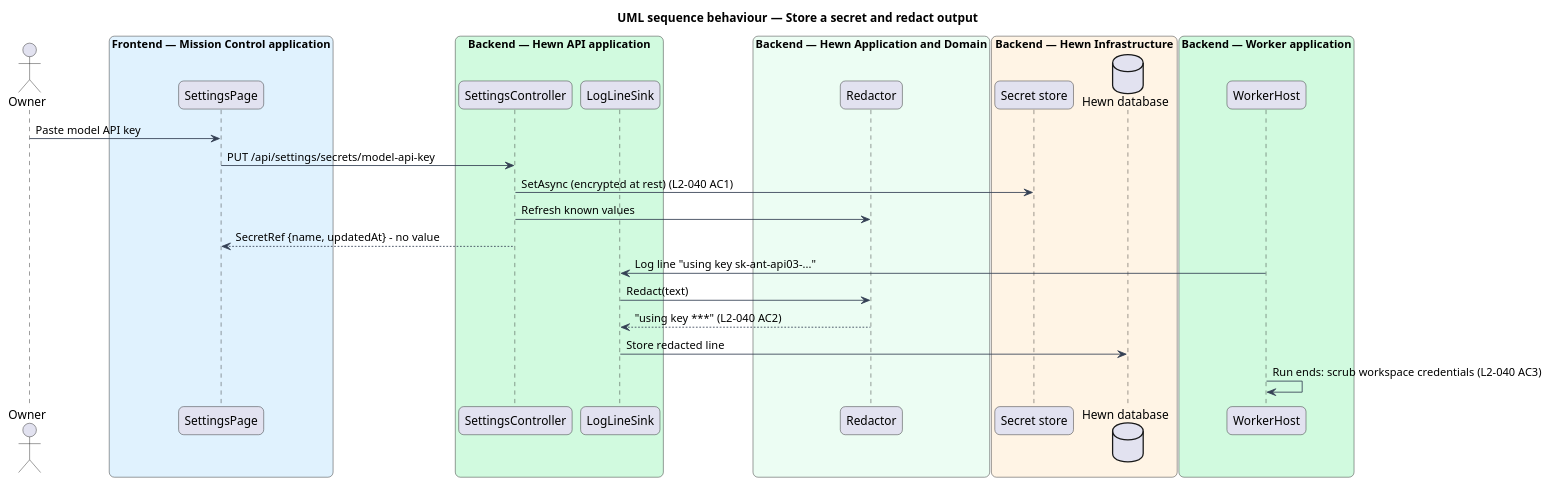
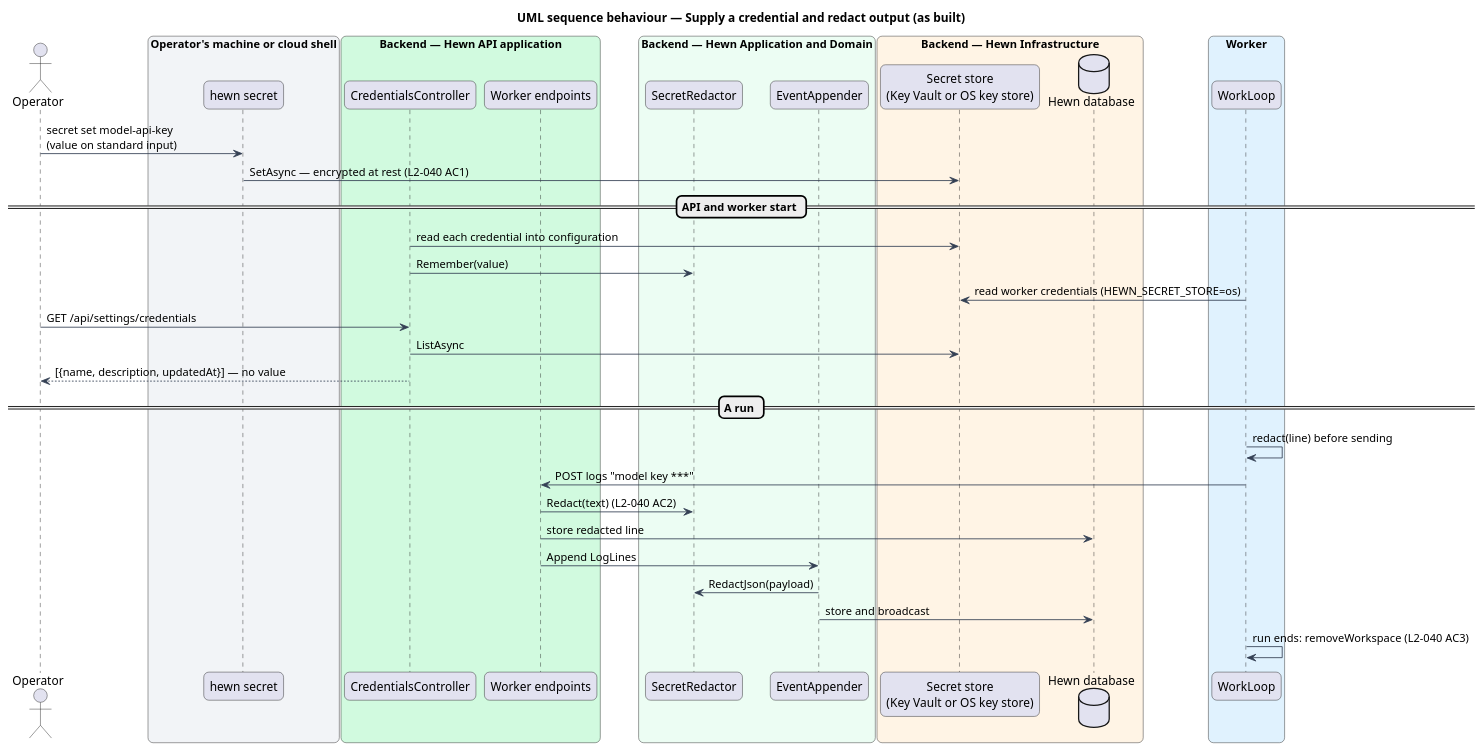
One commit to QuinntyneBrown/hewn changed the diagram in docs/detailed-designs/security/secrets-and-redaction/diagrams/sequence-redact.puml. Above: the diagram before and after it, drawn with PlantUML. The commit also changed 72 other files, not shown here.

```diff
--- a/docs/detailed-designs/security/secrets-and-redaction/diagrams/sequence-redact.puml
+++ b/docs/detailed-designs/security/secrets-and-redaction/diagrams/sequence-redact.puml
@@ -1,46 +1,55 @@
 @startuml
-title UML sequence behaviour — Store a secret and redact output
+title UML sequence behaviour — Supply a credential and redact output (as built)
 skinparam backgroundColor #FFFFFF
 skinparam shadowing false
 skinparam roundcorner 12
 skinparam defaultFontName Arial
 skinparam ArrowColor #344054
 skinparam rectangle {
   BorderColor #344054
   FontColor #101828
 }
 skinparam package {
   BorderColor #667085
   FontColor #101828
   BackgroundColor #F9FAFB
 }
 skinparam sequenceMessageAlign left
-actor "Owner" as owner
-box "Frontend — Mission Control application" #E0F2FE
-  participant "SettingsPage" as spa
+actor "Operator" as op
+box "Operator's machine or cloud shell" #F2F4F7
+  participant "hewn secret" as cli
 end box
 box "Backend — Hewn API application" #D1FADF
-  participant "SettingsController" as ctrl
-  participant "LogLineSink" as logs
+  participant "CredentialsController" as ctrl
+  participant "Worker endpoints" as ingest
 end box
 box "Backend — Hewn Application and Domain" #ECFDF3
-  participant "Redactor" as red
+  participant "SecretRedactor" as red
+  participant "EventAppender" as events
 end box
 box "Backend — Hewn Infrastructure" #FFF4E5
-  participant "Secret store" as vault
+  participant "Secret store\n(Key Vault or OS key store)" as vault
   database "Hewn database" as db
 end box
-box "Backend — Worker application" #D1FADF
-  participant "WorkerHost" as worker
+box "Worker" #E0F2FE
+  participant "WorkLoop" as worker
 end box
-owner -> spa : Paste model API key
-spa -> ctrl : PUT /api/settings/secrets/model-api-key
-ctrl -> vault : SetAsync (encrypted at rest) (L2-040 AC1)
-ctrl -> red : Refresh known values
-ctrl --> spa : SecretRef {name, updatedAt} - no value
-worker -> logs : Log line "using key sk-ant-api03-..."
-logs -> red : Redact(text)
-red --> logs : "using key ***" (L2-040 AC2)
-logs -> db : Store redacted line
-worker -> worker : Run ends: scrub workspace credentials (L2-040 AC3)
+op -> cli : secret set model-api-key\n(value on standard input)
+cli -> vault : SetAsync — encrypted at rest (L2-040 AC1)
+== API and worker start ==
+ctrl -> vault : read each credential into configuration
+ctrl -> red : Remember(value)
+worker -> vault : read worker credentials (HEWN_SECRET_STORE=os)
+op -> ctrl : GET /api/settings/credentials
+ctrl -> vault : ListAsync
+ctrl --> op : [{name, description, updatedAt}] — no value
+== A run ==
+worker -> worker : redact(line) before sending
+worker -> ingest : POST logs "model key ***"
+ingest -> red : Redact(text) (L2-040 AC2)
+ingest -> db : store redacted line
+ingest -> events : Append LogLines
+events -> red : RedactJson(payload)
+events -> db : store and broadcast
+worker -> worker : run ends: removeWorkspace (L2-040 AC3)
 @enduml
```
